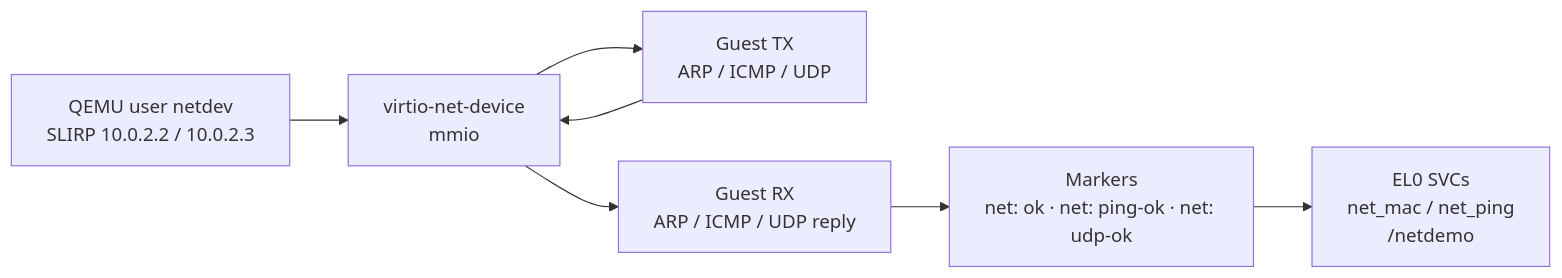
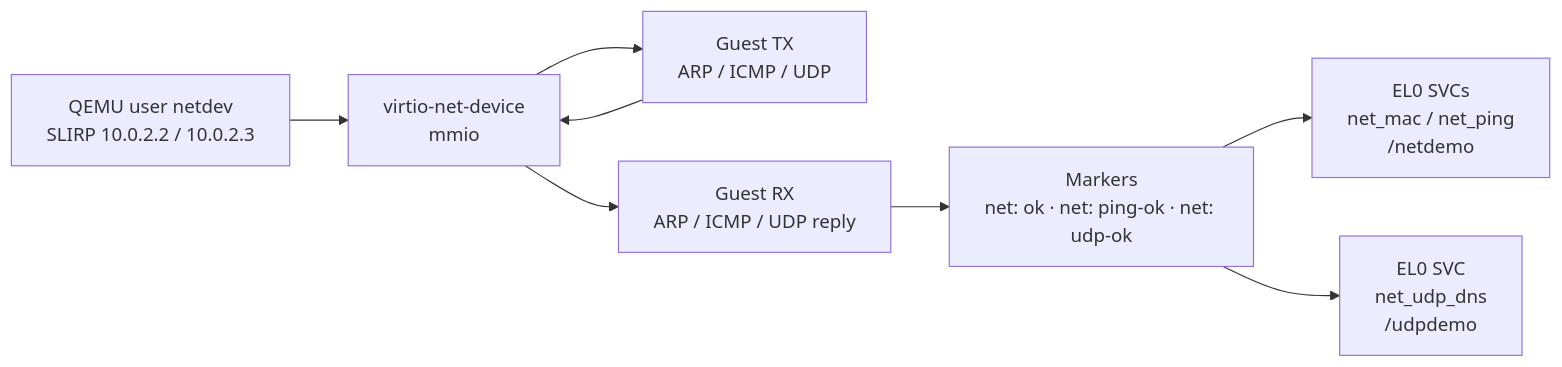
The sixth of 6 diagrams in docs/02-architecture/technical-architecture.md (artofdream/ctos), drawn with Mermaid before and after one commit. The commit also changed other lines of this file and 33 other files, not shown here.

First line of the commit message:
feat: N3.x EL0 UDP DNS SVC + udp-libctos (ADR-071)

````diff
--- a/docs/02-architecture/technical-architecture.md
+++ b/docs/02-architecture/technical-architecture.md
@@ -105,9 +105,10 @@
 ```mermaid
 flowchart LR
   QN["QEMU user netdev<br/>SLIRP 10.0.2.2 / 10.0.2.3"] --> VN["virtio-net-device<br/>mmio"]
   VN --> GTX["Guest TX<br/>ARP / ICMP / UDP"]
   VN --> GRX["Guest RX<br/>ARP / ICMP / UDP reply"]
   GTX --> VN
   GRX --> OK["Markers<br/>net: ok · net: ping-ok · net: udp-ok"]
   OK --> EL0["EL0 SVCs<br/>net_mac / net_ping<br/>/netdemo"]
+  OK --> EL0U["EL0 SVC<br/>net_udp_dns<br/>/udpdemo"]
 ```
````
